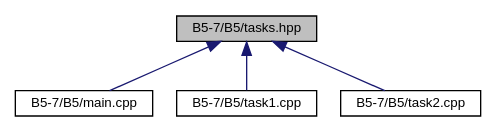
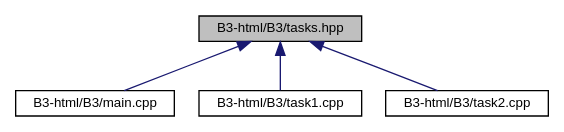
Before and after one commit to foxthere/foxthere.github.io: the diagram in tasks_8hpp__dep__incl.dot, drawn with Graphviz. The commit also changed 309 other files, not shown here.

```diff
--- a/tasks_8hpp__dep__incl.dot
+++ b/tasks_8hpp__dep__incl.dot
@@ -1,13 +1,13 @@
-digraph "B5-7/B5/tasks.hpp"
+digraph "B3-html/B3/tasks.hpp"
 {
  // LATEX_PDF_SIZE
   edge [fontname="Helvetica",fontsize="10",labelfontname="Helvetica",labelfontsize="10"];
   node [fontname="Helvetica",fontsize="10",shape=record];
-  Node1 [label="B5-7/B5/tasks.hpp",height=0.2,width=0.4,color="black", fillcolor="grey75", style="filled", fontcolor="black",tooltip=" "];
+  Node1 [label="B3-html/B3/tasks.hpp",height=0.2,width=0.4,color="black", fillcolor="grey75", style="filled", fontcolor="black",tooltip=" "];
   Node1 -> Node2 [dir="back",color="midnightblue",fontsize="10",style="solid",fontname="Helvetica"];
-  Node2 [label="B5-7/B5/main.cpp",height=0.2,width=0.4,color="black", fillcolor="white", style="filled",URL="$main_8cpp.html",tooltip=" "];
+  Node2 [label="B3-html/B3/main.cpp",height=0.2,width=0.4,color="black", fillcolor="white", style="filled",URL="$main_8cpp.html",tooltip=" "];
   Node1 -> Node3 [dir="back",color="midnightblue",fontsize="10",style="solid",fontname="Helvetica"];
-  Node3 [label="B5-7/B5/task1.cpp",height=0.2,width=0.4,color="black", fillcolor="white", style="filled",URL="$task1_8cpp.html",tooltip=" "];
+  Node3 [label="B3-html/B3/task1.cpp",height=0.2,width=0.4,color="black", fillcolor="white", style="filled",URL="$task1_8cpp.html",tooltip=" "];
   Node1 -> Node4 [dir="back",color="midnightblue",fontsize="10",style="solid",fontname="Helvetica"];
-  Node4 [label="B5-7/B5/task2.cpp",height=0.2,width=0.4,color="black", fillcolor="white", style="filled",URL="$task2_8cpp.html",tooltip=" "];
+  Node4 [label="B3-html/B3/task2.cpp",height=0.2,width=0.4,color="black", fillcolor="white", style="filled",URL="$task2_8cpp.html",tooltip=" "];
 }
```
